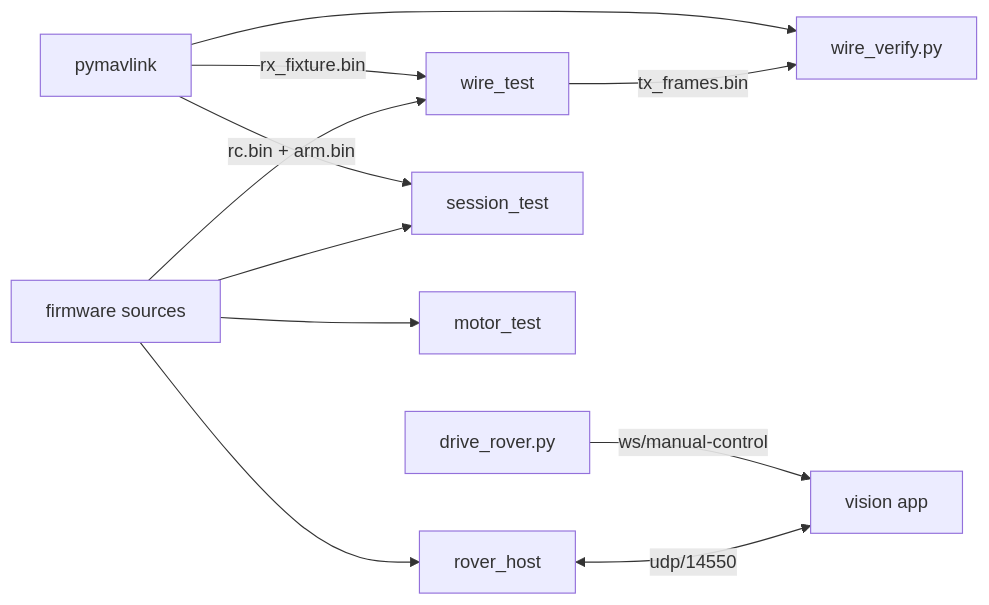
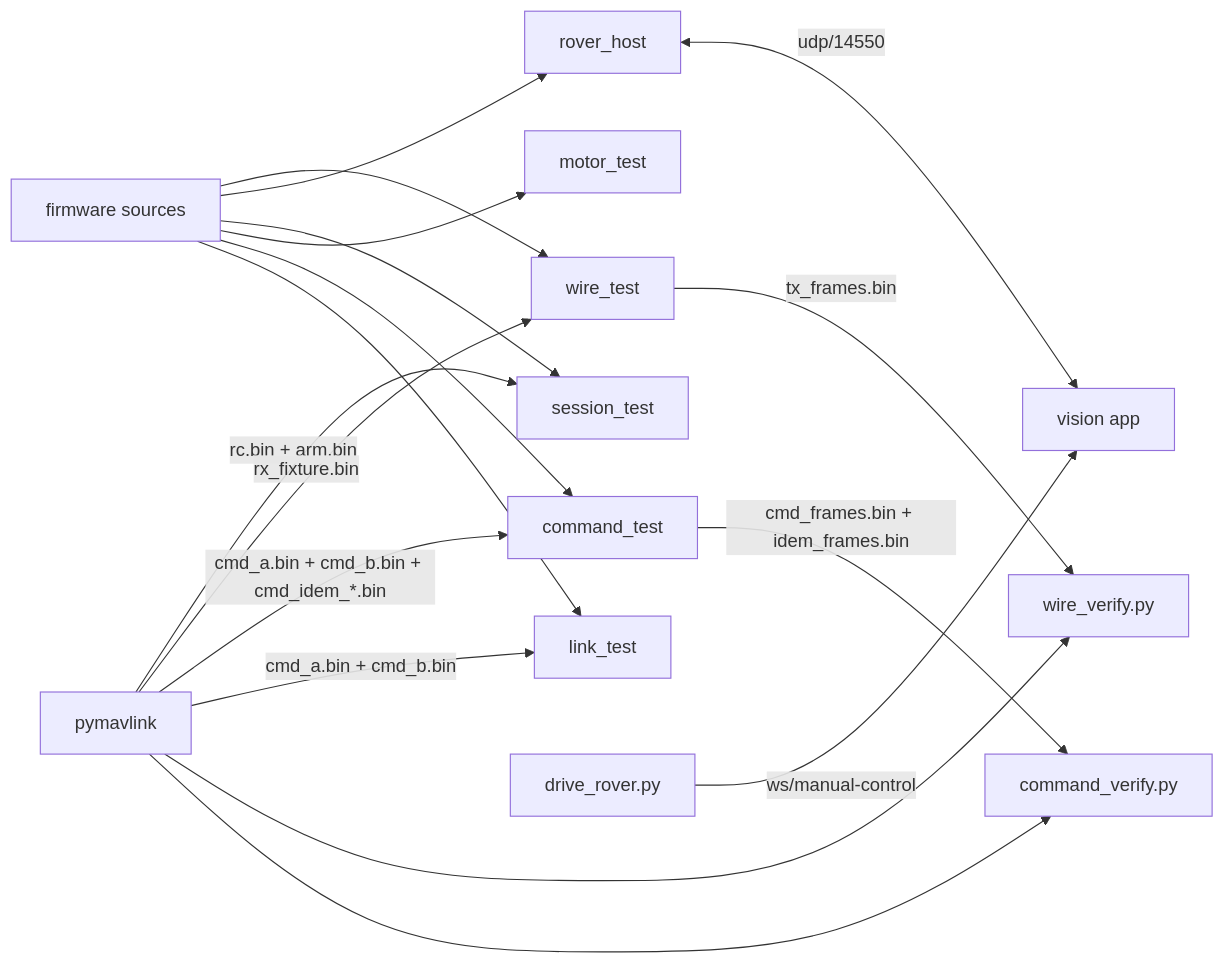
One commit to VladTetyorko/computer.vision changed the diagram in infra/rover-sim/README.md. Above: the diagram before and after it, drawn with Mermaid. The commit also changed other lines of this file and 14 other files, not shown here.

First line of the commit message:
feat(rover-sim): command-surface harness + repair motor/session tests to TB6612 architecture

````diff
--- a/infra/rover-sim/README.md
+++ b/infra/rover-sim/README.md
@@ -31,13 +31,19 @@
 ```mermaid
 flowchart LR
   F[firmware sources] --> W[wire_test]
   F --> R[rover_host]
   F --> S[session_test]
   F --> M[motor_test]
+  F --> C[command_test]
+  F --> L[link_test]
   P[pymavlink] -- "rc.bin + arm.bin" --> S
   P[pymavlink] -- rx_fixture.bin --> W
+  P -- "cmd_a.bin + cmd_b.bin + cmd_idem_*.bin" --> C
+  P -- "cmd_a.bin + cmd_b.bin" --> L
   W -- tx_frames.bin --> V[wire_verify.py]
+  C -- "cmd_frames.bin + idem_frames.bin" --> CV[command_verify.py]
   P --> V
+  P --> CV
   R <-- "udp/14550" --> A[vision app]
   D[drive_rover.py] -- "ws/manual-control" --> A
 ```
````
